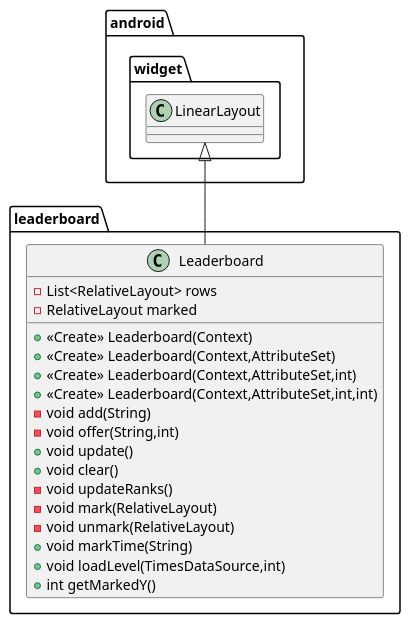
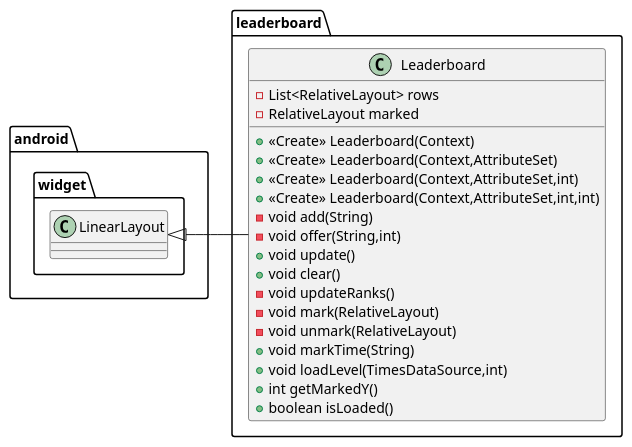
The diagram in ProjectApp/app/src/main/java/com/avasaysayava/bagrutproject/leaderboard/Leaderboard.puml (Avasay-Sayava/BagrutProject), drawn with PlantUML before and after one commit. The commit also changed 4 other files, not shown here.

```diff
--- a/ProjectApp/app/src/main/java/com/avasaysayava/bagrutproject/leaderboard/Leaderboard.puml
+++ b/ProjectApp/app/src/main/java/com/avasaysayava/bagrutproject/leaderboard/Leaderboard.puml
@@ -1,25 +1,26 @@
 @startuml
 class leaderboard.Leaderboard {
 - List<RelativeLayout> rows
 - RelativeLayout marked
 + <<Create>> Leaderboard(Context)
 + <<Create>> Leaderboard(Context,AttributeSet)
 + <<Create>> Leaderboard(Context,AttributeSet,int)
 + <<Create>> Leaderboard(Context,AttributeSet,int,int)
 - void add(String)
 - void offer(String,int)
 + void update()
 + void clear()
 - void updateRanks()
 - void mark(RelativeLayout)
 - void unmark(RelativeLayout)
 + void markTime(String)
 + void loadLevel(TimesDataSource,int)
 + int getMarkedY()
++ boolean isLoaded()
 }
 
 
 
 
-android.widget.LinearLayout <|-- leaderboard.Leaderboard
+android.widget.LinearLayout <|- leaderboard.Leaderboard
 @enduml
```
